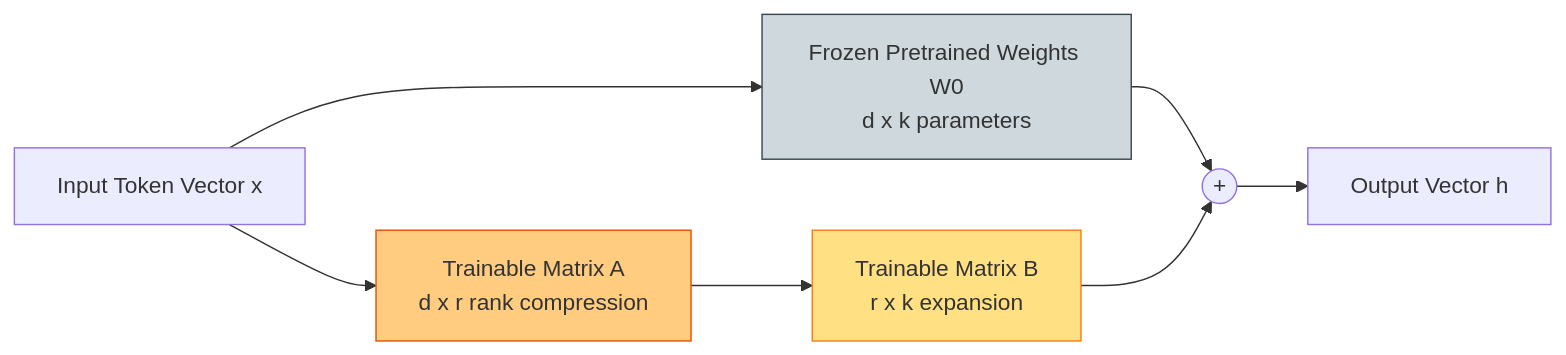
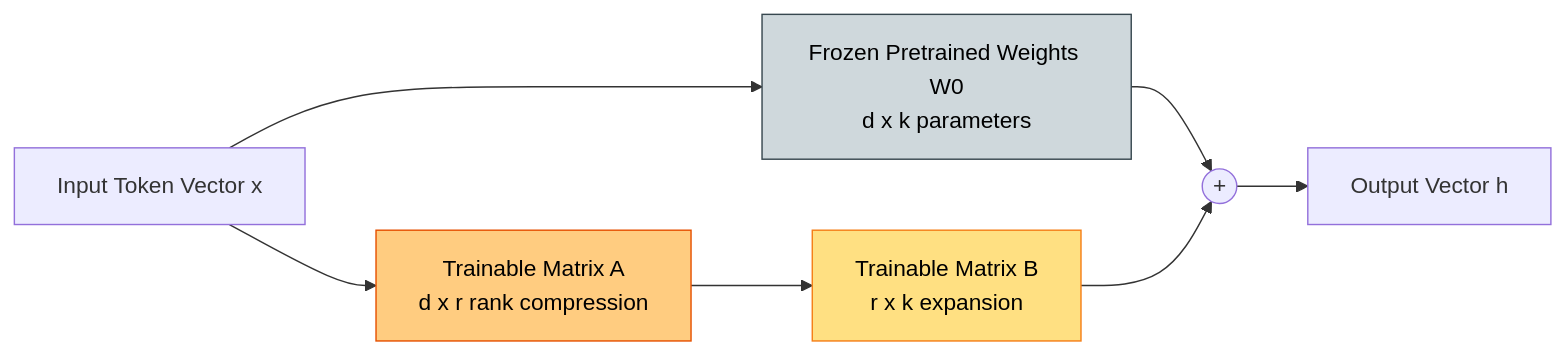
The second of 5 diagrams in 00-Introduction-to-RAG/RAG-vs-Fine-Tuning.md (swapnil3104/RAG-Engineering), drawn with Mermaid before and after one commit. The commit also changed other lines of this file and 108 other files, not shown here.

Commit message:
fix: make chart text visible across all Mermaid diagrams and resolve markdown table formatting issues

````diff
--- a/00-Introduction-to-RAG/RAG-vs-Fine-Tuning.md
+++ b/00-Introduction-to-RAG/RAG-vs-Fine-Tuning.md
@@ -75,13 +75,13 @@
 ```mermaid
 flowchart LR
     X[Input Token Vector x] --> W0[Frozen Pretrained Weights W0<br/>d x k parameters]
     X --> A[Trainable Matrix A<br/>d x r rank compression]
     A --> B[Trainable Matrix B<br/>r x k expansion]
     W0 --> SUM((+))
     B --> SUM
     SUM --> Y[Output Vector h]
 
-    style W0 fill:#cfd8dc,stroke:#37474f
-    style A fill:#ffcc80,stroke:#e65100
-    style B fill:#ffe082,stroke:#f57f17
+    style W0 fill:#cfd8dc,stroke:#37474f,color:#000000
+    style A fill:#ffcc80,stroke:#e65100,color:#000000
+    style B fill:#ffe082,stroke:#f57f17,color:#000000
 ```
````
